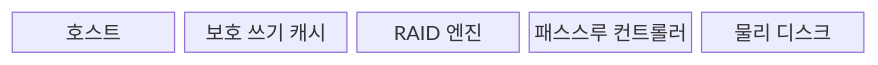
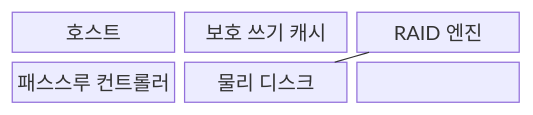
One commit to agnusdei1207/knowledge-base changed the first of 2 diagrams in src/content/docs/notes/02-hardware/092_raid_controller_jbod.md. Above: the diagram before and after it, drawn with Mermaid. The commit also changed other lines of this file and 86 other files, not shown here.

````diff
--- a/src/content/docs/notes/02-hardware/092_raid_controller_jbod.md
+++ b/src/content/docs/notes/02-hardware/092_raid_controller_jbod.md
@@ -67,9 +67,12 @@
 ```mermaid
-block
-  columns 5
+block-beta
+  columns 3
   H["호스트"]
   C["보호 쓰기 캐시"]
   E["RAID 엔진"]
   P["패스스루 컨트롤러"]
   D["물리 디스크"]
+  H --- C --- E
+  E --- D
+  H --- P --- D
 ```
````
